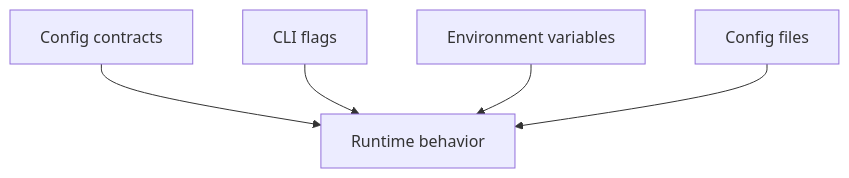
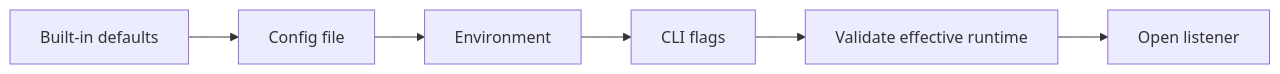
One commit to bijux/bijux-atlas changed the first of 2 diagrams in docs/bijux-atlas/interfaces/configuration-and-output.md. Above: the diagram before and after it, drawn with Mermaid. The commit also changed other lines of this file and 2 other files, not shown here.

Commit message:
docs(cli): map commands configuration and environment contracts

````diff
--- a/docs/bijux-atlas/interfaces/configuration-and-output.md
+++ b/docs/bijux-atlas/interfaces/configuration-and-output.md
@@ -23,7 +45,8 @@
 ```mermaid
-flowchart TD
-    Contracts[Config contracts] --> Runtime[Runtime behavior]
-    Flags[CLI flags] --> Runtime
-    Env[Environment variables] --> Runtime
-    Files[Config files] --> Runtime
+flowchart LR
+    Defaults[Built-in defaults] --> File[Config file]
+    File --> Env[Environment]
+    Env --> CLI[CLI flags]
+    CLI --> Validate[Validate effective runtime]
+    Validate --> Start[Open listener]
 ```
````
